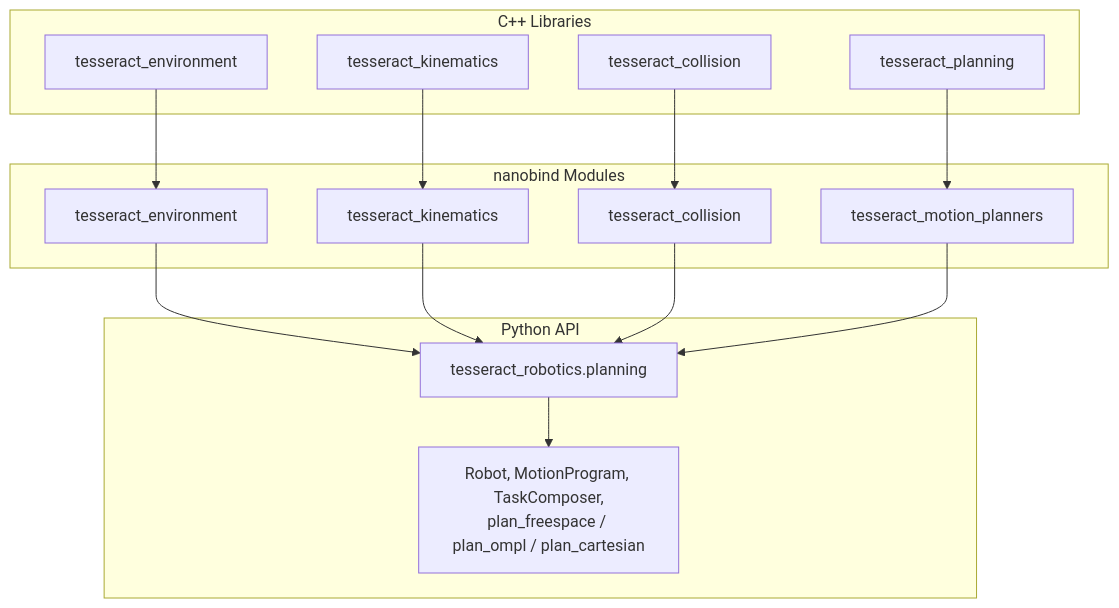
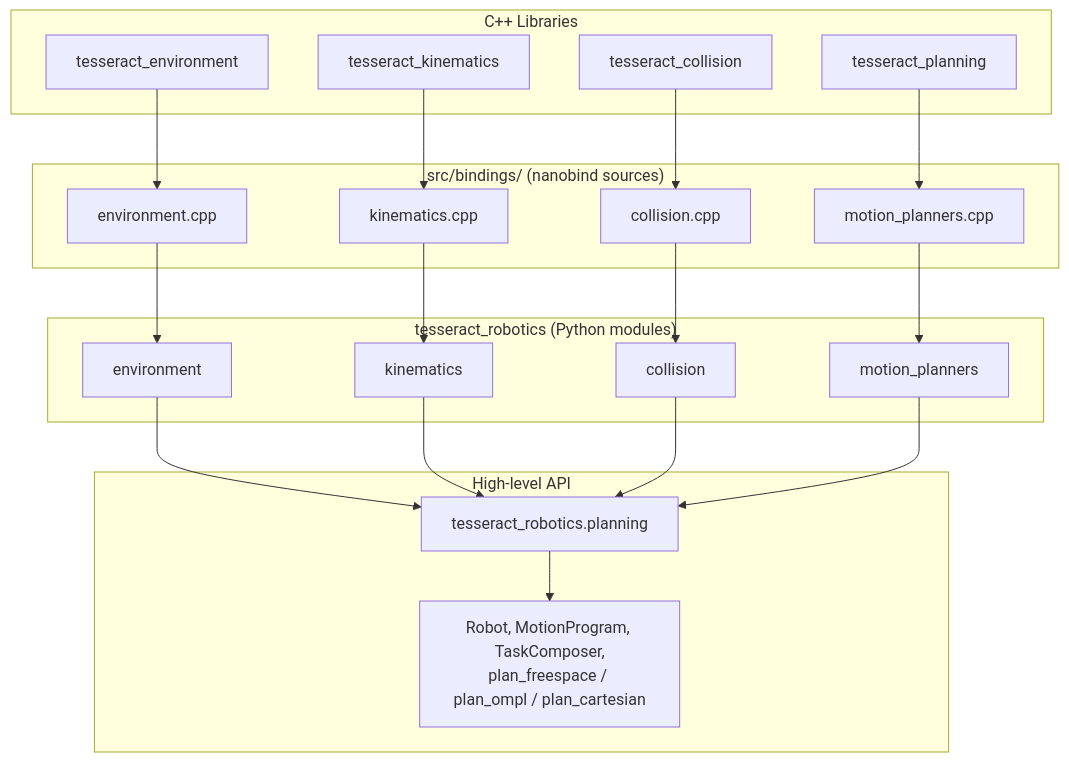
One commit to tesseract-robotics/tesseract_nanobind changed the second of 4 diagrams in docs/developer/index.md. Above: the diagram before and after it, drawn with Mermaid. The commit also changed other lines of this file and 441 other files, not shown here.

````diff
--- a/docs/developer/index.md
+++ b/docs/developer/index.md
@@ -170,31 +170,38 @@
 ```mermaid
 graph TD
     subgraph "C++ Libraries"
         A[tesseract_environment]
         B[tesseract_kinematics]
         C[tesseract_collision]
         D[tesseract_planning]
     end
 
-    subgraph "nanobind Modules"
-        E[tesseract_environment]
-        F[tesseract_kinematics]
-        G[tesseract_collision]
-        H[tesseract_motion_planners]
+    subgraph "src/bindings/ (nanobind sources)"
+        E[environment.cpp]
+        F[kinematics.cpp]
+        G[collision.cpp]
+        H[motion_planners.cpp]
     end
 
-    subgraph "Python API"
+    subgraph "tesseract_robotics (Python modules)"
+        E2[environment]
+        F2[kinematics]
+        G2[collision]
+        H2[motion_planners]
+    end
+
+    subgraph "High-level API"
         I[tesseract_robotics.planning]
         J[Robot, MotionProgram, TaskComposer,<br/>plan_freespace / plan_ompl / plan_cartesian]
     end
 
-    A --> E
-    B --> F
-    C --> G
-    D --> H
-    E --> I
-    F --> I
-    G --> I
-    H --> I
+    A --> E --> E2
+    B --> F --> F2
+    C --> G --> G2
+    D --> H --> H2
+    E2 --> I
+    F2 --> I
+    G2 --> I
+    H2 --> I
     I --> J
 ```
````
